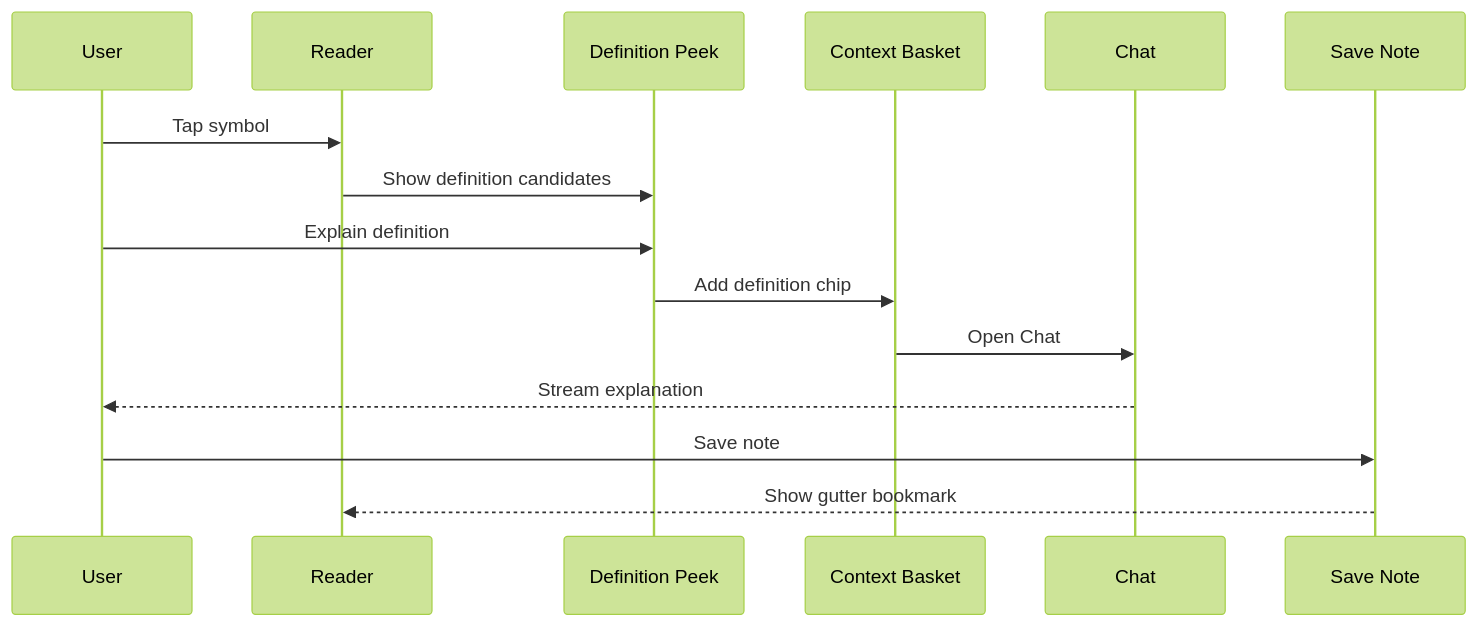
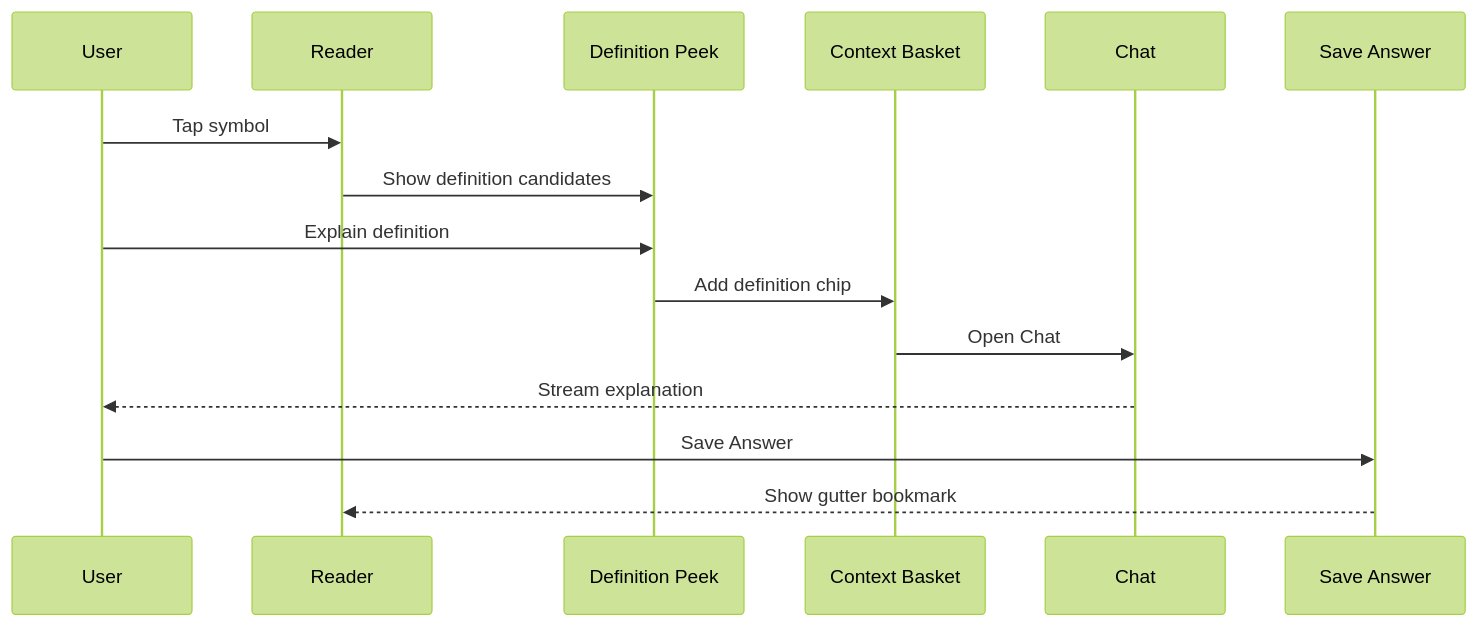
Before and after one commit to zhang-quan-yi/pocket-vibe-v3: the fourth of 5 diagrams in docs/POCKET_VIBE_WEB_PWA_FRONTEND_MODULE_DESIGN.md, drawn with Mermaid (forest theme). The commit also changed other lines of this file and 13 other files, not shown here.

````diff
--- a/docs/POCKET_VIBE_WEB_PWA_FRONTEND_MODULE_DESIGN.md
+++ b/docs/POCKET_VIBE_WEB_PWA_FRONTEND_MODULE_DESIGN.md
@@ -663,18 +671,18 @@
 ```mermaid
 sequenceDiagram
   participant U as User
   participant R as Reader
   participant D as Definition Peek
   participant B as Context Basket
   participant C as Chat
-  participant N as Save Note
+  participant N as Save Answer
 
   U->>R: Tap symbol
   R->>D: Show definition candidates
   U->>D: Explain definition
   D->>B: Add definition chip
   B->>C: Open Chat
   C-->>U: Stream explanation
-  U->>N: Save note
+  U->>N: Save Answer
   N-->>R: Show gutter bookmark
 ```
````
